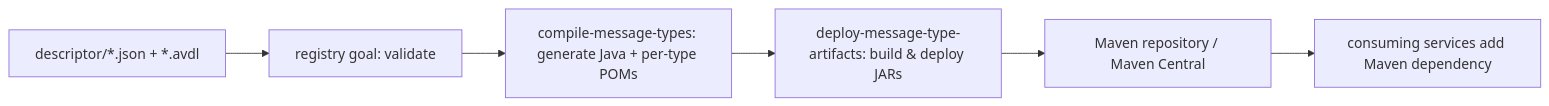
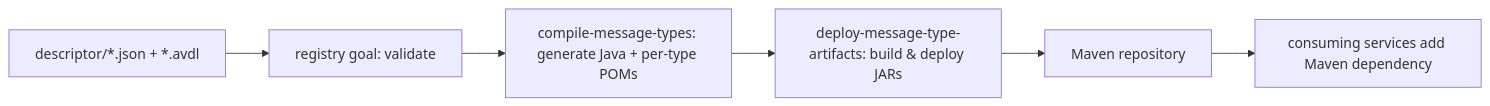
One commit to jeap-admin-ch/jeap-message-type-registry changed the diagram in docs/building-and-publishing.md. Above: the diagram before and after it, drawn with Mermaid. The commit also changed other lines of this file, not shown here.

First line of the commit message:
JEAP-7947: Remove Maven Central from the documentation

````diff
--- a/docs/building-and-publishing.md
+++ b/docs/building-and-publishing.md
@@ -10,8 +10,8 @@
 ```mermaid
 flowchart LR
     A[descriptor/*.json + *.avdl] --> B[registry goal: validate]
     B --> C[compile-message-types: generate Java + per-type POMs]
     C --> D[deploy-message-type-artifacts: build & deploy JARs]
-    D --> E[Maven repository / Maven Central]
+    D --> E[Maven repository]
     E --> F[consuming services add Maven dependency]
 ```
````
